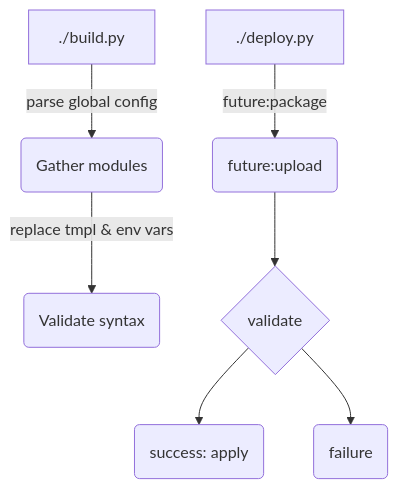
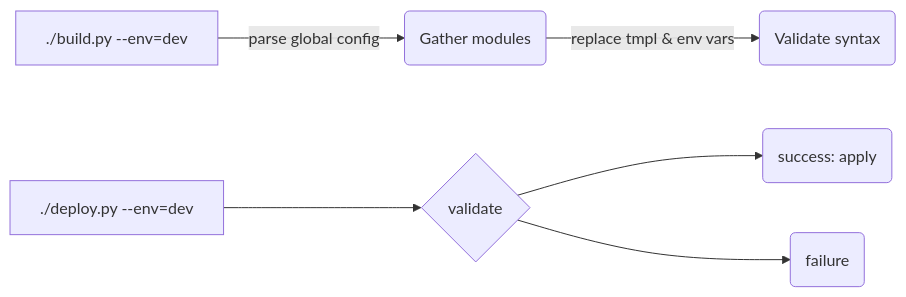
One commit to cognitedata/toolkit changed the diagram in README.md. Above: the diagram before and after it, drawn with Mermaid. The commit also changed other lines of this file and 11 other files, not shown here.

````diff
--- a/README.md
+++ b/README.md
@@ -67,9 +69,8 @@
 ```mermaid
-flowchart TD
-    A[./build.py] -->|parse global config| B(Gather modules)
+flowchart LR
+    A[./build.py --env=dev] -->|parse global config| B(Gather modules)
     B -->|replace tmpl & env vars| C(Validate syntax)
-    D[./deploy.py] -->|future:package| E(future:upload)
-    E --> F{validate}
-    F --> G(success: apply)
-    F --> H(failure)
+    D[./deploy.py --env=dev] -->E{validate}
+    E --> G(success: apply)
+    E --> H(failure)
 ```
````
